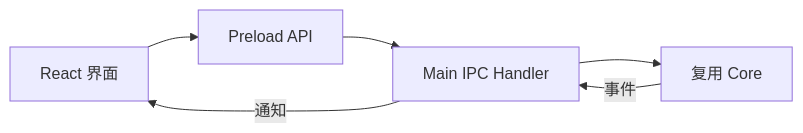
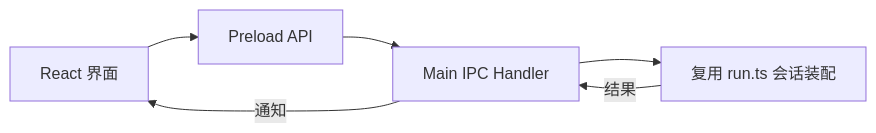
The fourth of 6 diagrams in docs/learning/01-roadmap.md (Yahacc/yagent), drawn with Mermaid before and after one commit. The commit also changed other lines of this file and 34 other files, not shown here.

````diff
--- a/docs/learning/01-roadmap.md
+++ b/docs/learning/01-roadmap.md
@@ -90,8 +94,8 @@
 ```mermaid
 flowchart LR
   UI[React 界面] --> Bridge[Preload API]
   Bridge --> IPC[Main IPC Handler]
-  IPC --> Core[复用 Core]
-  Core -->|事件| IPC
+  IPC --> Loop[复用 run.ts 会话装配]
+  Loop -->|结果| IPC
   IPC -->|通知| UI
 ```
````
